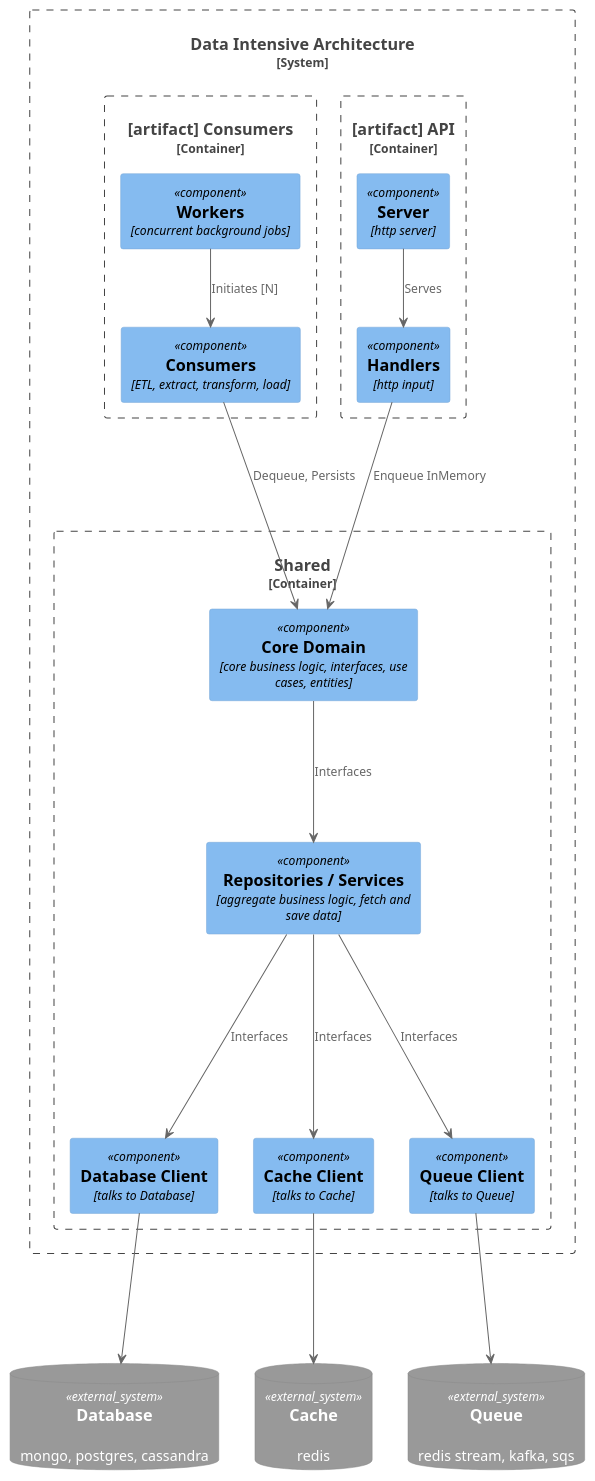
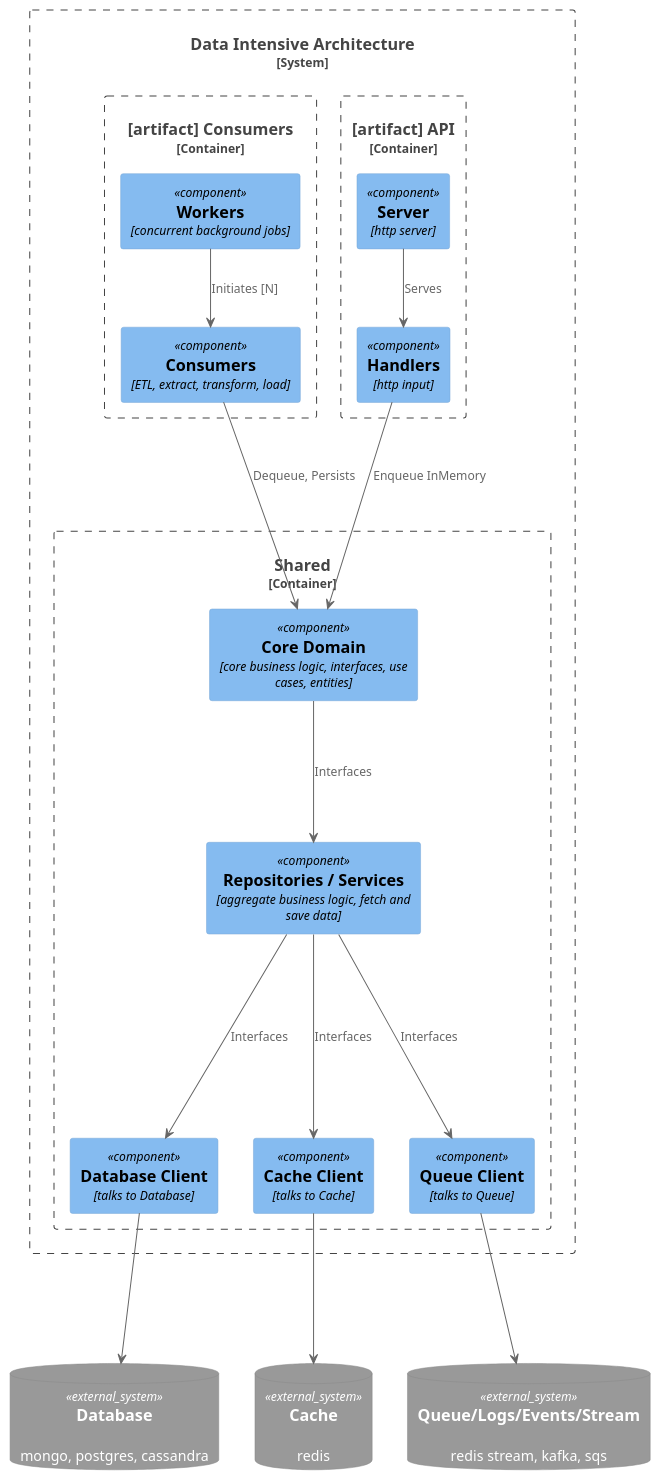
One commit to gritt/go-data-intensive changed the diagram in docs/c4-component.puml. Above: the diagram before and after it, drawn with PlantUML. The commit also changed 8 other files, not shown here.

```diff
--- a/docs/c4-component.puml
+++ b/docs/c4-component.puml
@@ -1,47 +1,47 @@
 @startuml "Data Intensive Architecture - C4 Component Diagram"
 !includeurl https://raw.githubusercontent.com/RicardoNiepel/C4-PlantUML/release/1-0/C4_Component.puml
 
-SystemDb_Ext(queue, "Queue", "redis stream, kafka, sqs")
+SystemDb_Ext(queue, "Queue/Logs/Events/Stream", "redis stream, kafka, sqs")
 SystemDb_Ext(cache, "Cache", "redis")
 SystemDb_Ext(database, "Database", "mongo, postgres, cassandra")
 
 System_Boundary(data_intensive_app, "Data Intensive Architecture") {
 
     Container_Boundary(c_shared, "Shared") {
         Component(core, "Core Domain", "core business logic, interfaces, use cases, entities")
         Component(repositories, "Repositories / Services", "aggregate business logic, fetch and save data")
 
         Component(db_client, "Database Client", "talks to Database")
         Component(cache_client, "Cache Client", "talks to Cache")
         Component(queue_client, "Queue Client", "talks to Queue")
 
         core -down--> repositories : Interfaces
         repositories -down--->db_client : Interfaces
         repositories -down--->cache_client : Interfaces
         repositories -down--->queue_client : Interfaces
 
         db_client -down-->database
         cache_client -down-->cache
         queue_client -down-->queue
     }
 
     Container_Boundary(c_api, "[artifact] API") {
         Component(server, "Server", "http server")
         Component(handlers, "Handlers", "http input")
 
         server -down-> handlers : Serves
         handlers ---> core : Enqueue InMemory
     }
 
     Container_Boundary(c_consumers, "[artifact] Consumers") {
         Component(workers, "Workers", "concurrent background jobs")
         Component(consumers, "Consumers", "ETL, extract, transform, load")
 
         workers -down->consumers: Initiates [N]
         consumers --->core:  Dequeue, Persists
 
     }
 
 }
 
 @enduml
```
